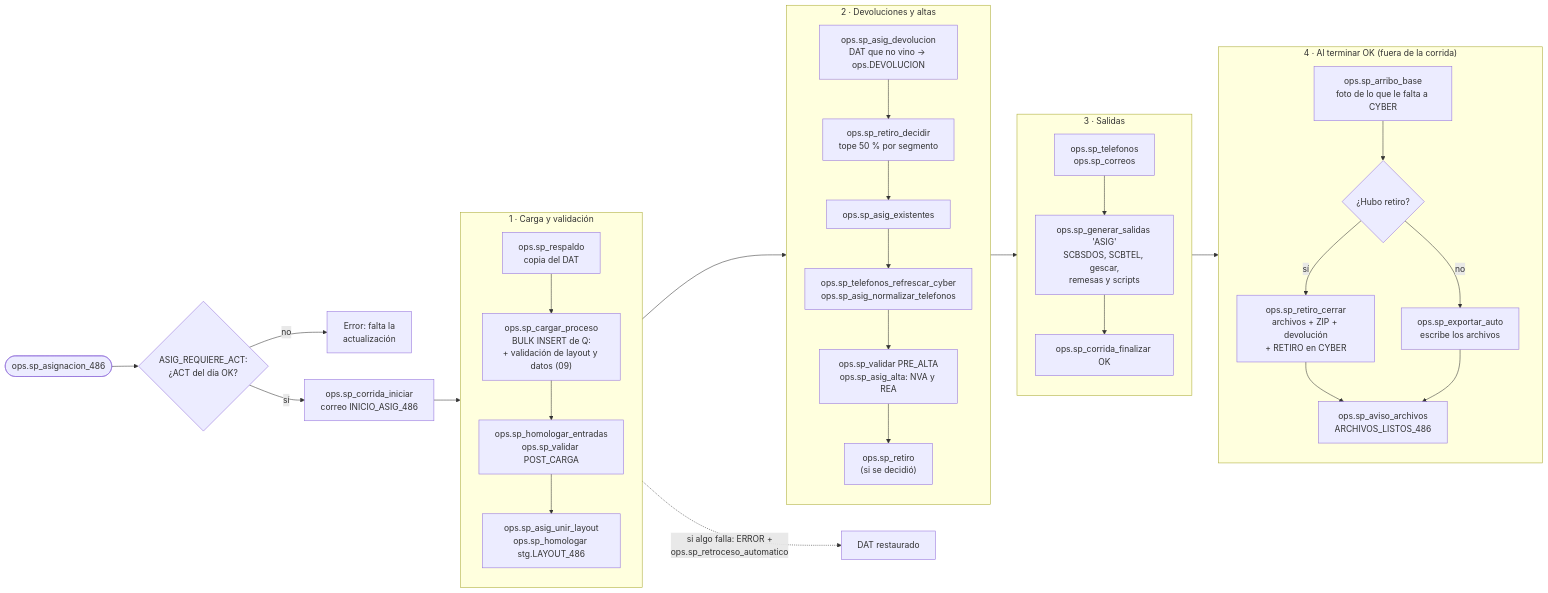
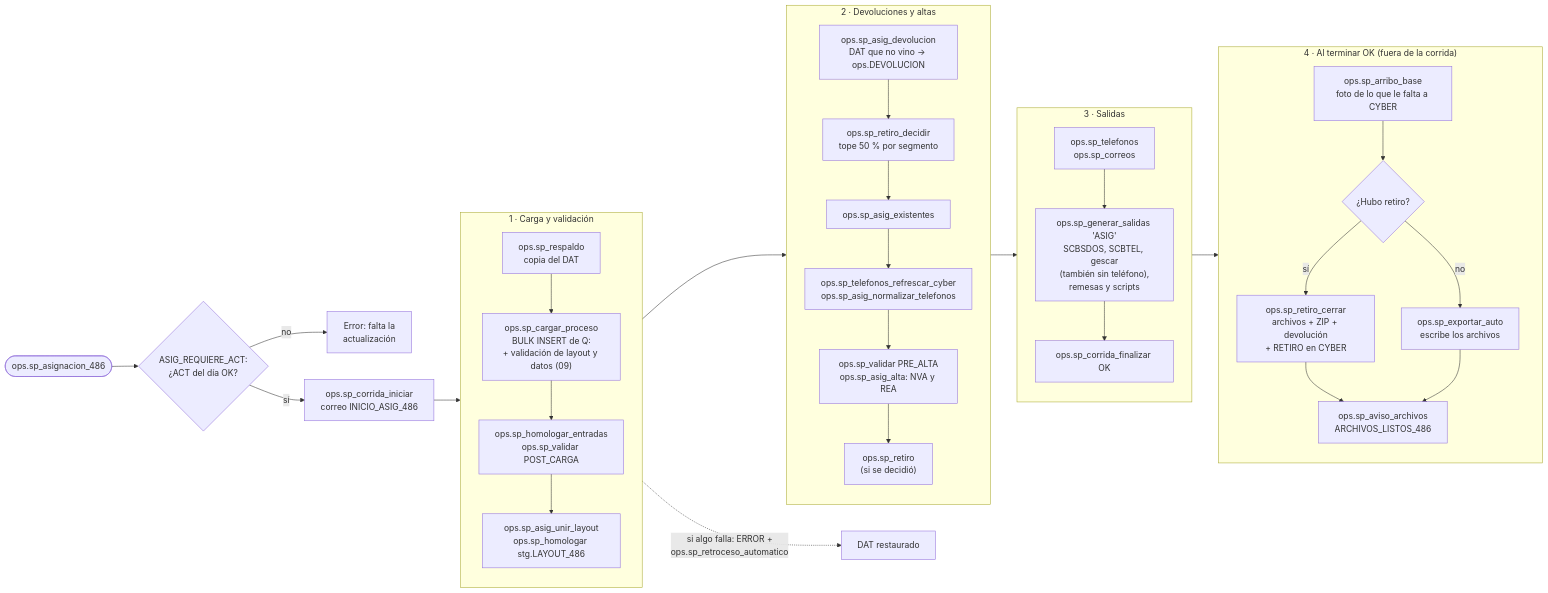
One commit to 0marMF/Banbaj changed the diagram in docs/flujo/mmd/03_asignacion.mmd. Above: the diagram before and after it, drawn with Mermaid. The commit also changed 33 other files, not shown here.

```diff
--- a/docs/flujo/mmd/03_asignacion.mmd
+++ b/docs/flujo/mmd/03_asignacion.mmd
@@ -1,36 +1,36 @@
 flowchart LR
     S(["ops.sp_asignacion_486"]) --> S0{"ASIG_REQUIERE_ACT:<br/>¿ACT del día OK?"}
     S0 -- no --> SX["Error: falta la<br/>actualización"]
     S0 -- sí --> S1["ops.sp_corrida_iniciar<br/>correo INICIO_ASIG_486"]
     subgraph F1["1 · Carga y validación"]
         direction TB
         A1["ops.sp_respaldo<br/>copia del DAT"] --> A2["ops.sp_cargar_proceso<br/>BULK INSERT de Q:<br/>+ validación de layout y datos (09)"]
         A2 --> A3["ops.sp_homologar_entradas<br/>ops.sp_validar POST_CARGA"]
         A3 --> A4["ops.sp_asig_unir_layout<br/>ops.sp_homologar stg.LAYOUT_486"]
     end
     subgraph F2["2 · Devoluciones y altas"]
         direction TB
         A5["ops.sp_asig_devolucion<br/>DAT que no vino → ops.DEVOLUCION"] --> A6["ops.sp_retiro_decidir<br/>tope 50 % por segmento"]
         A6 --> A7["ops.sp_asig_existentes"]
         A7 --> A8["ops.sp_telefonos_refrescar_cyber<br/>ops.sp_asig_normalizar_telefonos"]
         A8 --> A9["ops.sp_validar PRE_ALTA<br/>ops.sp_asig_alta: NVA y REA"]
         A9 --> A10["ops.sp_retiro<br/>(si se decidió)"]
     end
     subgraph F3["3 · Salidas"]
         direction TB
-        A11["ops.sp_telefonos<br/>ops.sp_correos"] --> A12["ops.sp_generar_salidas 'ASIG'<br/>SCBSDOS, SCBTEL, gescar,<br/>remesas y scripts"]
+        A11["ops.sp_telefonos<br/>ops.sp_correos"] --> A12["ops.sp_generar_salidas 'ASIG'<br/>SCBSDOS, SCBTEL, gescar<br/>(también sin teléfono),<br/>remesas y scripts"]
         A12 --> A13["ops.sp_corrida_finalizar OK"]
     end
     subgraph F4["4 · Al terminar OK (fuera de la corrida)"]
         direction TB
         P1["ops.sp_arribo_base<br/>foto de lo que le falta a CYBER"] --> P2{"¿Hubo retiro?"}
         P2 -- sí --> P3["ops.sp_retiro_cerrar<br/>archivos + ZIP + devolución<br/>+ RETIRO en CYBER"]
         P2 -- no --> P4["ops.sp_exportar_auto<br/>escribe los archivos"]
         P3 --> P5["ops.sp_aviso_archivos<br/>ARCHIVOS_LISTOS_486"]
         P4 --> P5
     end
     S1 --> A1
     A4 --> A5
     A10 --> A11
     A13 --> P1
     F1 -. "si algo falla: ERROR +<br/>ops.sp_retroceso_automatico" .-> R["DAT restaurado"]
```
